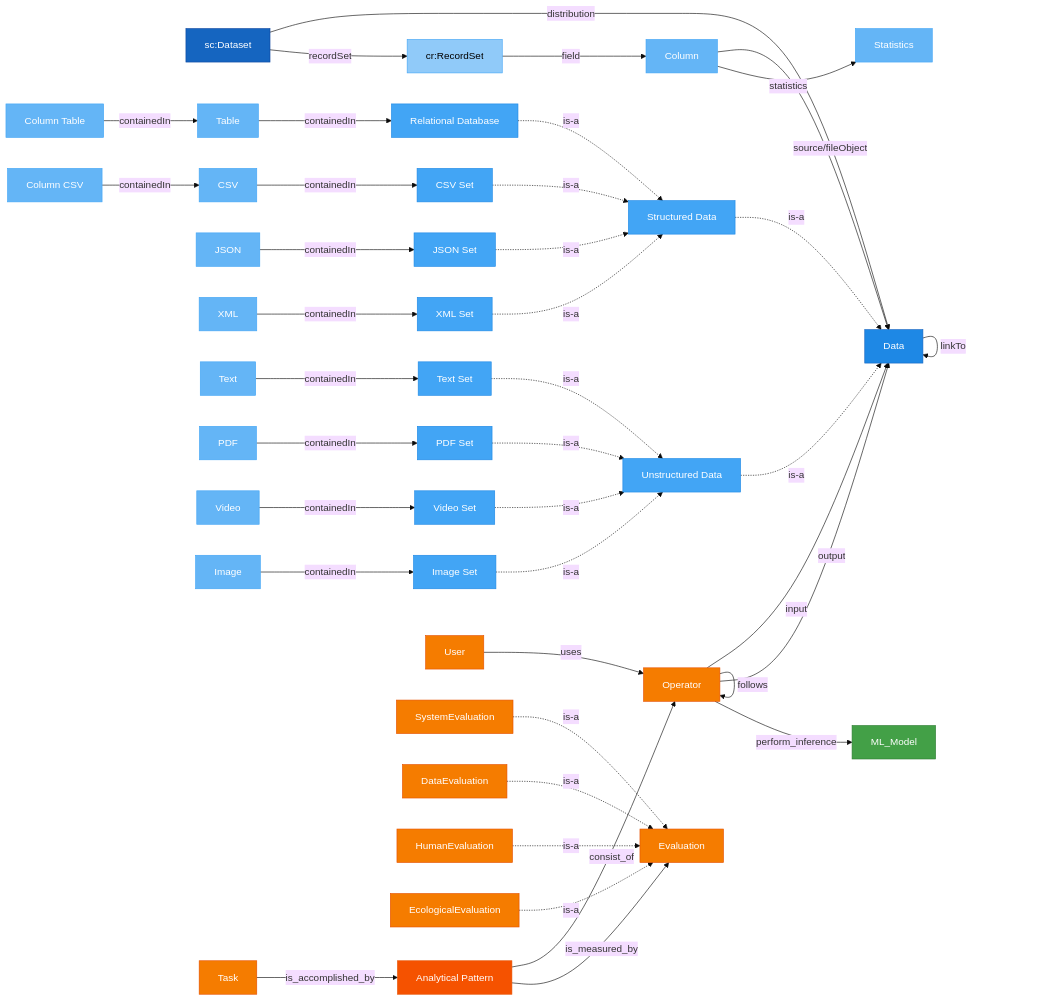
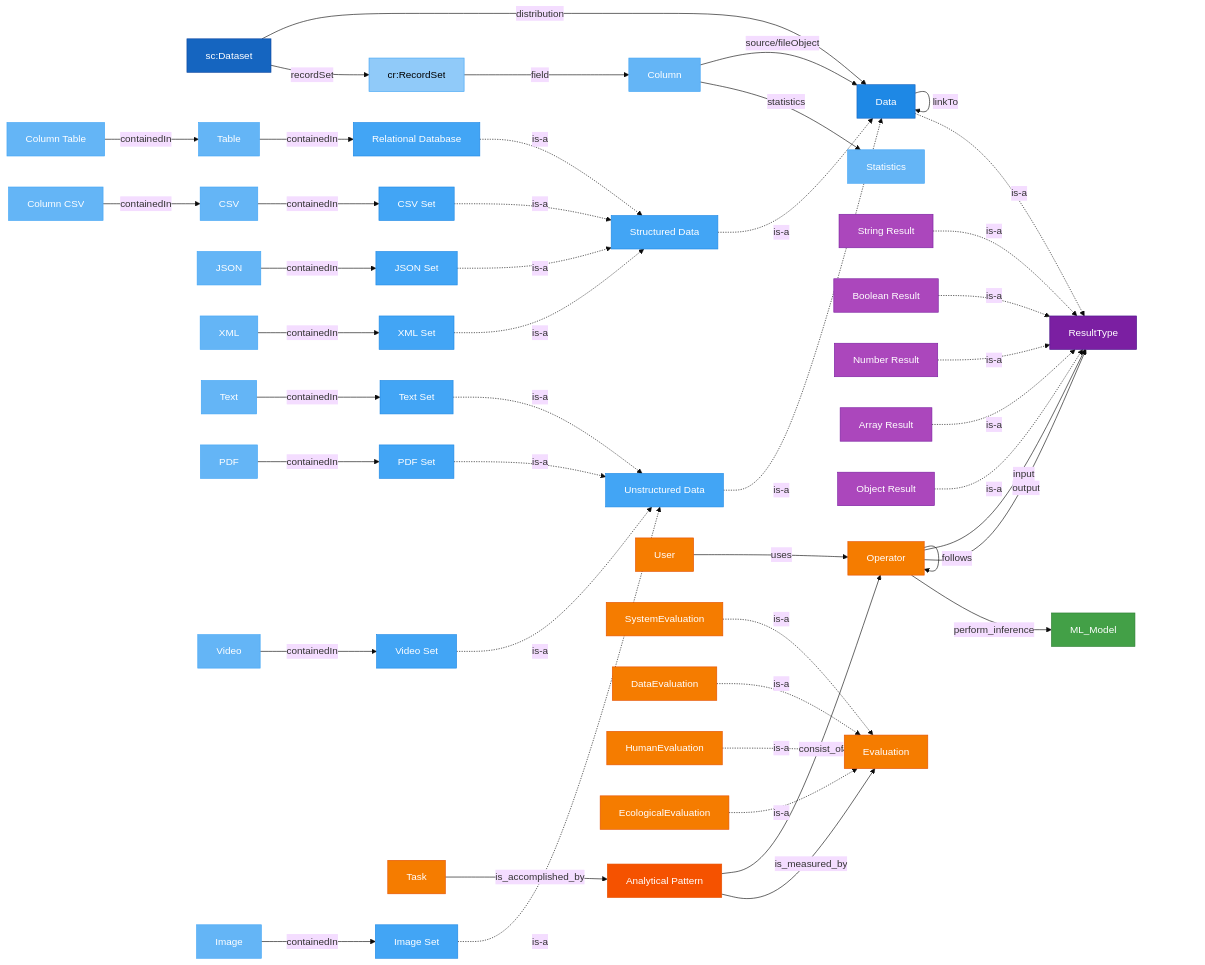
The diagram in README.md (datagems-eosc/moma-management), drawn with Mermaid (base theme) before and after one commit. The commit also changed other lines of this file and 123 other files, not shown here.

First line of the commit message:
feat: Adds support for operator structured input and output .

```diff
--- a/README.md
+++ b/README.md
@@ -47,6 +53,8 @@
   classDef ml fill:#43A047,stroke:#2E7D32,color:#fff
   classDef misc fill:#F57C00,stroke:#E65100,color:#fff
   classDef evaluation fill:#F57C00,stroke:#E65100,color:#fff
+  classDef resulttype fill:#7B1FA2,stroke:#4A148C,color:#fff
+  classDef rtLeaf fill:#AB47BC,stroke:#7B1FA2,color:#fff
 
   %% ── Dataset subgraph ────────────────────────────────────
   Dataset["sc:Dataset"]:::dataset
@@ -102,6 +110,21 @@
   Column -- "source/fileObject" --> Data
   Column -- statistics --> Statistics
 
+  %% ── ResultType subgraph ─────────────────────────────────
+  ResultType:::resulttype
+  StringResult["String Result"]:::rtLeaf
+  BooleanResult["Boolean Result"]:::rtLeaf
+  NumberResult["Number Result"]:::rtLeaf
+  ArrayResult["Array Result"]:::rtLeaf
+  ObjectResult["Object Result"]:::rtLeaf
+
+  Data -. "is-a" .-> ResultType
+  StringResult -. "is-a" .-> ResultType
+  BooleanResult -. "is-a" .-> ResultType
+  NumberResult -. "is-a" .-> ResultType
+  ArrayResult -. "is-a" .-> ResultType
+  ObjectResult -. "is-a" .-> ResultType
+
   %% ── Analytical-Pattern subgraph ─────────────────────────
   AP["Analytical Pattern"]:::ap
   Operator:::operator
@@ -109,8 +132,8 @@
   User:::misc
 
   AP -- consist_of --> Operator
-  Operator -- input --> Data
-  Operator -- output --> Data
+  Operator -- input --> ResultType
+  Operator -- output --> ResultType
   Operator -- follows --> Operator
   User -- uses --> Operator
   Task -- is_accomplished_by --> AP
```
